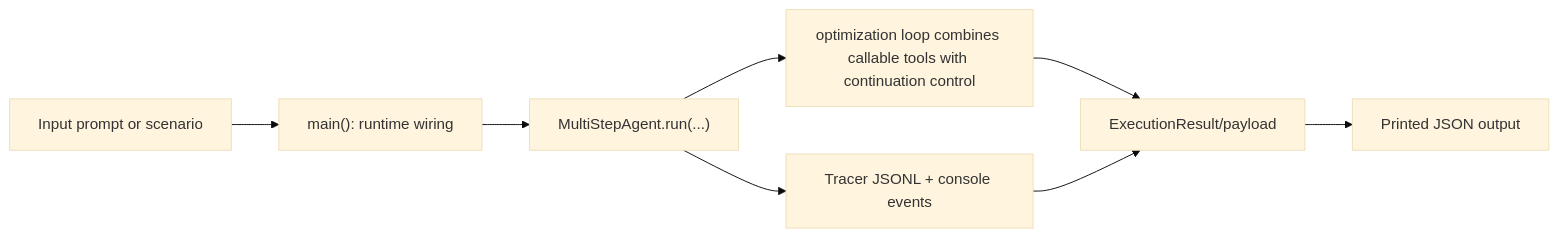
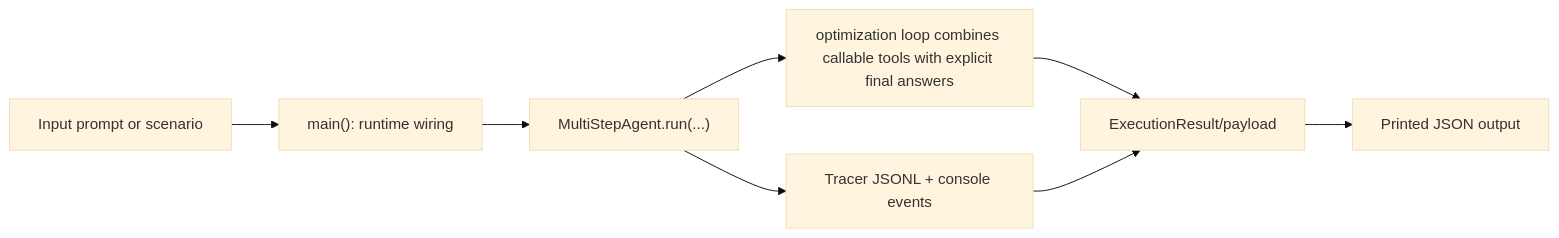
The diagram in docs/examples/optimization/multi_step_json_tool_calling_1d_optimization.rst (cmudrc/design-research-agents), drawn with Mermaid (base theme) before and after one commit. The commit also changed 38 other files, not shown here.

Commit message:
Improve structured generation flow

```diff
--- a/docs/examples/optimization/multi_step_json_tool_calling_1d_optimization.rst
+++ b/docs/examples/optimization/multi_step_json_tool_calling_1d_optimization.rst
@@ -22,10 +22,10 @@
 .. mermaid::
 
    flowchart LR
        A["Input prompt or scenario"] --> B["main(): runtime wiring"]
        B --> C["MultiStepAgent.run(...)"]
-       C --> D["optimization loop combines callable tools with continuation control"]
+       C --> D["optimization loop combines callable tools with explicit final answers"]
        C --> E["Tracer JSONL + console events"]
        D --> F["ExecutionResult/payload"]
        E --> F
        F --> G["Printed JSON output"]
```
